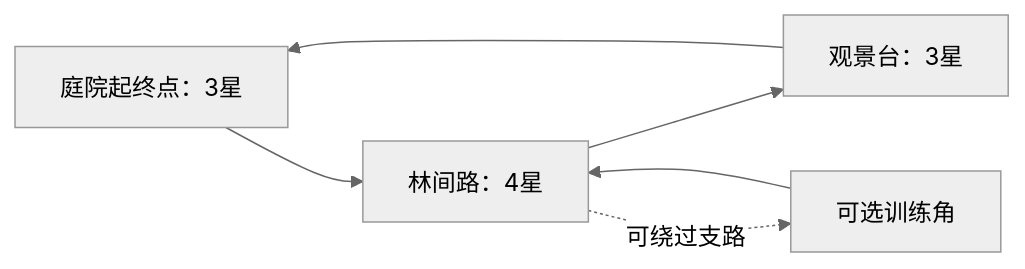
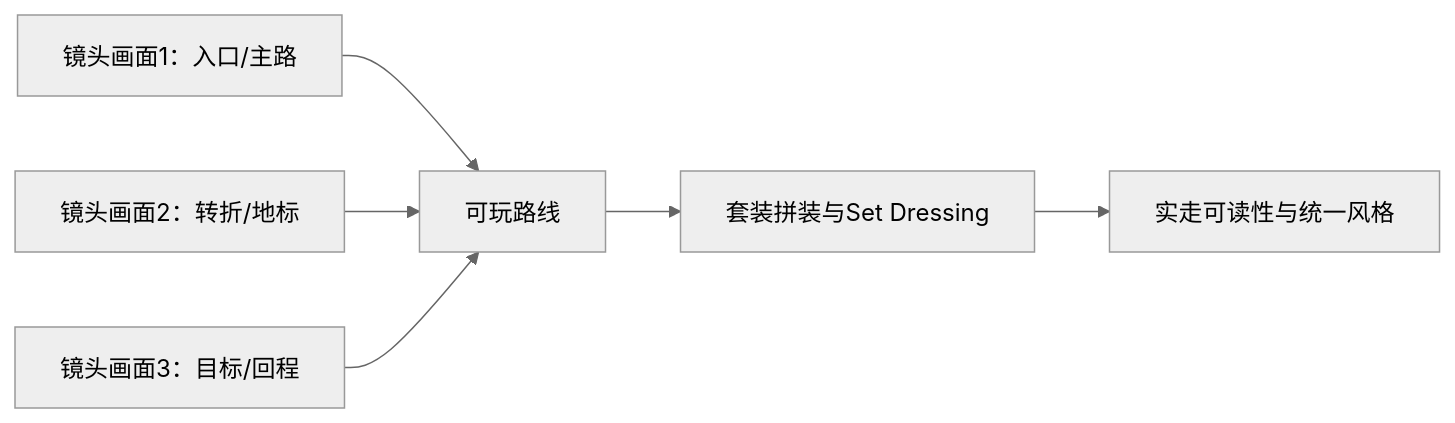
One commit to Zilur/ai-3d-game-learning changed the diagram in curriculum/dialogues/C01.md. Above: the diagram before and after it, drawn with Mermaid (neutral theme). The commit also changed other lines of this file and 57 other files, not shown here.

````diff
--- a/curriculum/dialogues/C01.md
+++ b/curriculum/dialogues/C01.md
@@ -27,8 +27,8 @@
 ```mermaid
 flowchart LR
- C["庭院起终点：3星"] --> F["林间路：4星"]
- F --> H["观景台：3星"]
- H --> C
- F -. "可绕过支路" .-> T["可选训练角"]
- T --> F
+  C1["镜头画面1：入口/主路"] --> R["可玩路线"]
+  C2["镜头画面2：转折/地标"] --> R
+  C3["镜头画面3：目标/回程"] --> R
+  R --> S["套装拼装与Set Dressing"]
+  S --> V["实走可读性与统一风格"]
 ```
````
